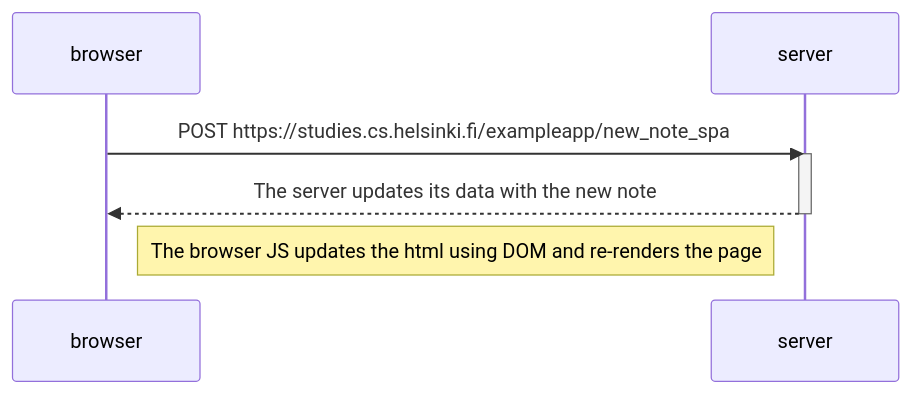
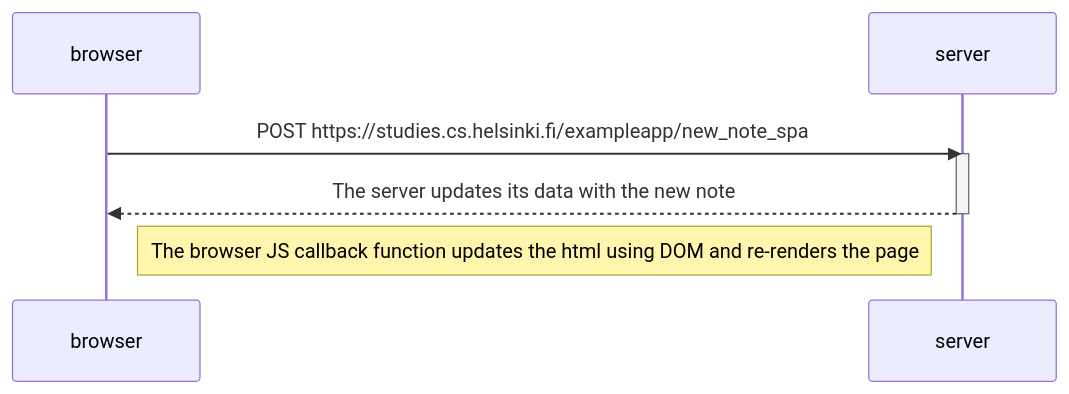
The diagram in Part0/0.6.mmd (vaibh123540/FSO-Submissions), drawn with Mermaid before and after one commit.

```diff
--- a/Part0/0.6.mmd
+++ b/Part0/0.6.mmd
@@ -1,10 +1,10 @@
 sequenceDiagram
     participant browser
     participant server
 
     browser->>server: POST https://studies.cs.helsinki.fi/exampleapp/new_note_spa
     activate server
     server-->>browser: The server updates its data with the new note
     deactivate server
 
-    Note right of browser: The browser JS updates the html using DOM and re-renders the page
+    Note right of browser: The browser JS callback function updates the html using DOM and re-renders the page
```
